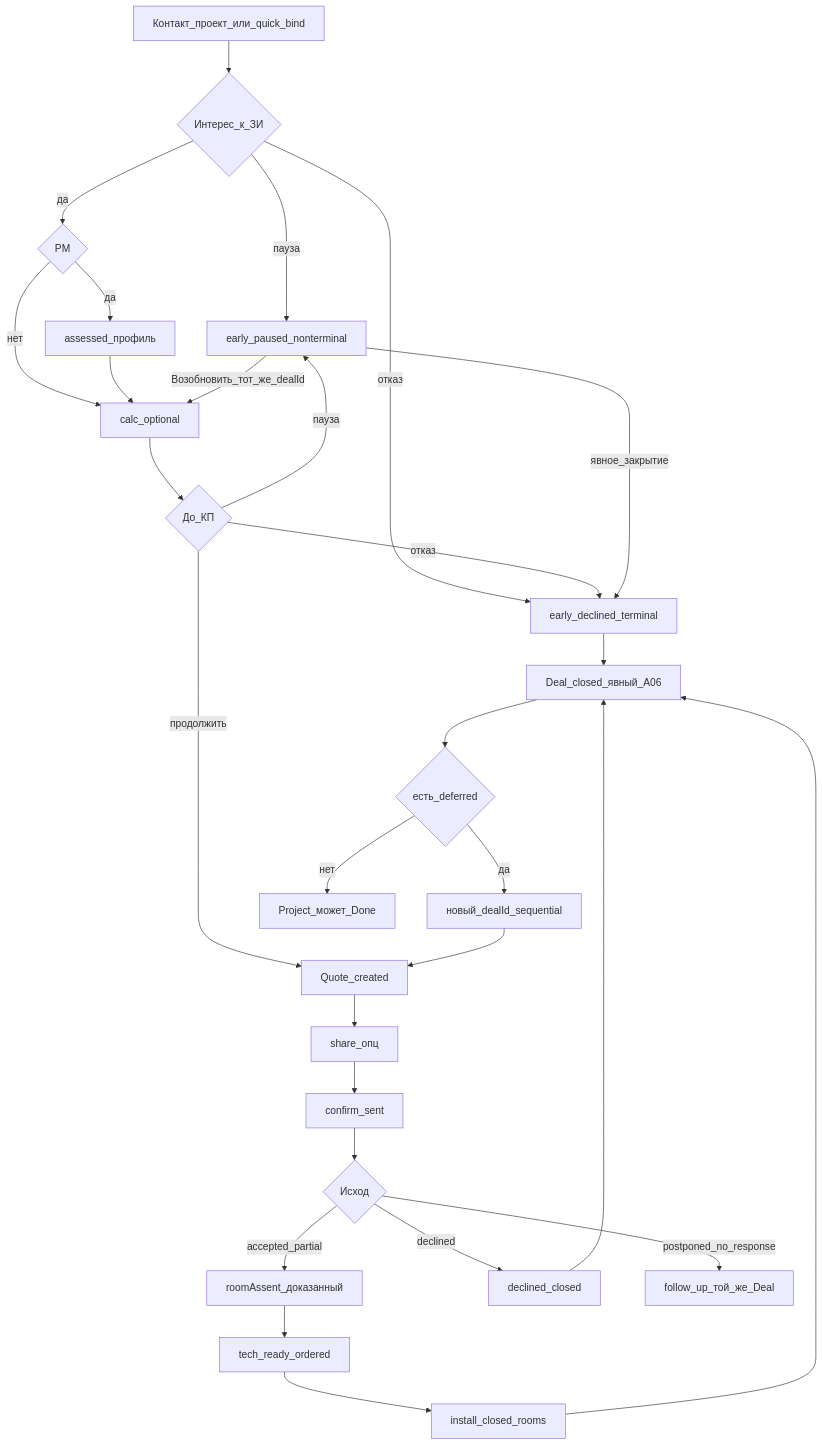
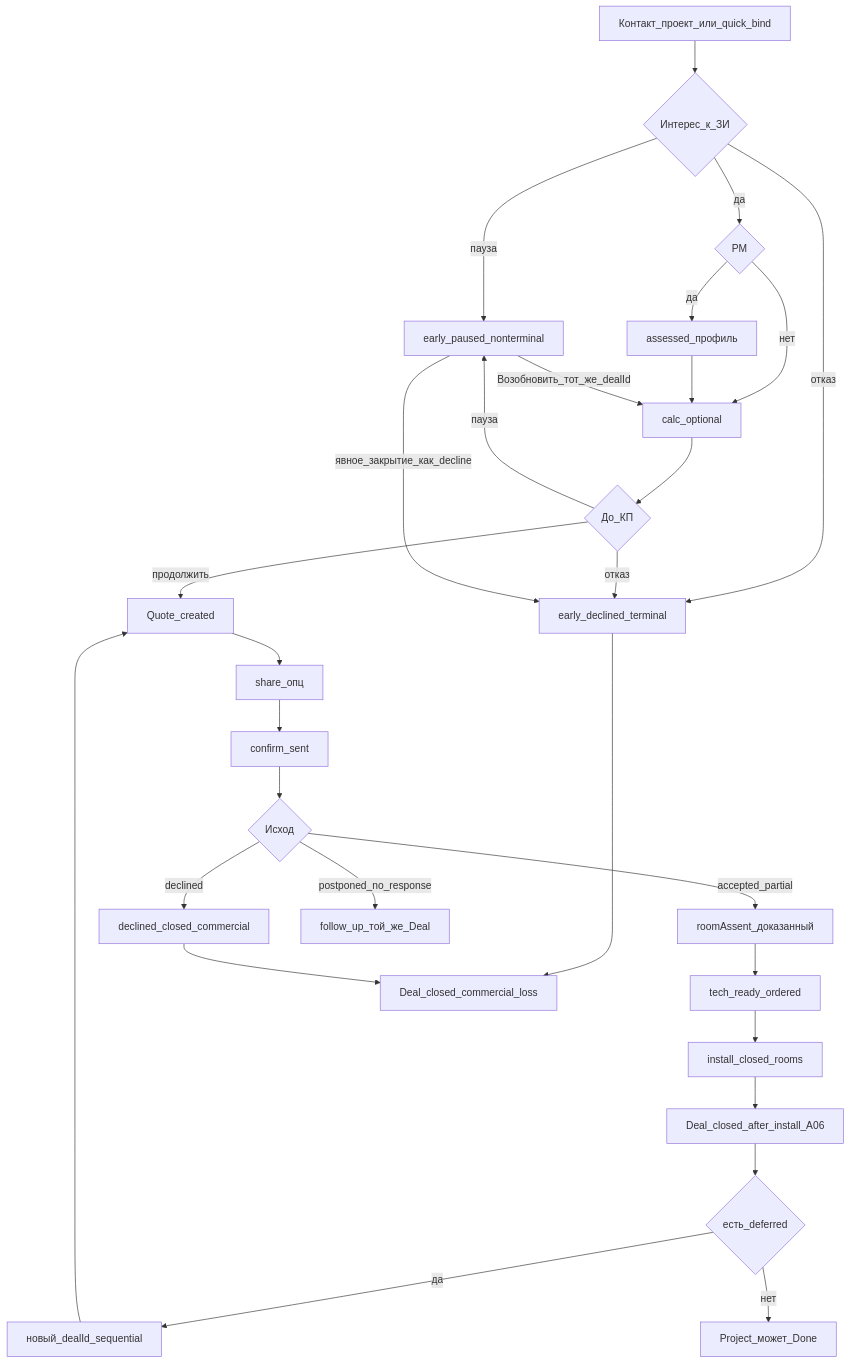
The diagram in docs/partner-ux-spec/08-commercial-process.md (Paulos99/multiframe-partner), drawn with Mermaid before and after one commit. The commit also changed other lines of this file and 12 other files, not shown here.

````diff
--- a/docs/partner-ux-spec/08-commercial-process.md
+++ b/docs/partner-ux-spec/08-commercial-process.md
@@ -222,31 +222,31 @@
 ```mermaid
 flowchart TD
   A[Контакт_проект_или_quick_bind] --> B{Интерес_к_ЗИ}
   B -->|отказ| ED[early_declined_terminal]
   B -->|пауза| EP[early_paused_nonterminal]
   B -->|да| C{PM}
   C -->|да| D[assessed_профиль]
   C -->|нет| F[calc_optional]
   D --> F
   F --> G{До_КП}
   G -->|отказ| ED
   G -->|пауза| EP
   G -->|продолжить| H[Quote_created]
   EP -->|Возобновить_тот_же_dealId| F
-  EP -->|явное_закрытие| ED
+  EP -->|явное_закрытие_как_decline| ED
   H --> I[share_опц]
   I --> J[confirm_sent]
   J --> K{Исход}
   K -->|accepted_partial| L[roomAssent_доказанный]
-  K -->|declined| M1[declined_closed]
+  K -->|declined| M1[declined_closed_commercial]
   K -->|postponed_no_response| M2[follow_up_той_же_Deal]
   L --> N[tech_ready_ordered]
   N --> O[install_closed_rooms]
-  O --> P[Deal_closed_явный_A06]
+  O --> P[Deal_closed_after_install_A06]
   P --> Q{есть_deferred}
   Q -->|да| R[новый_dealId_sequential]
   Q -->|нет| S[Project_может_Done]
   R --> H
-  ED --> P
-  M1 --> P
+  ED --> CL[Deal_closed_commercial_loss]
+  M1 --> CL
 ```
````
